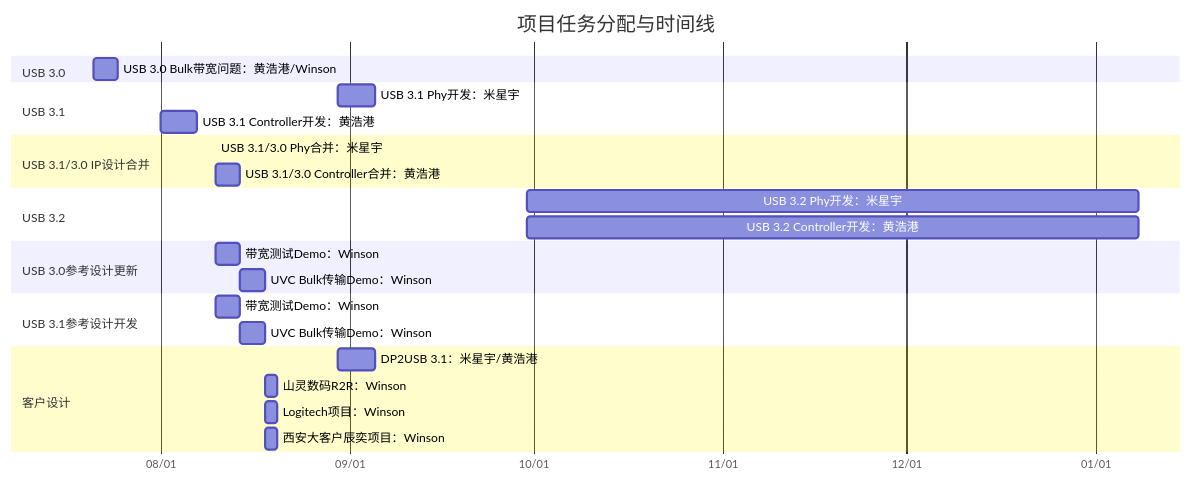
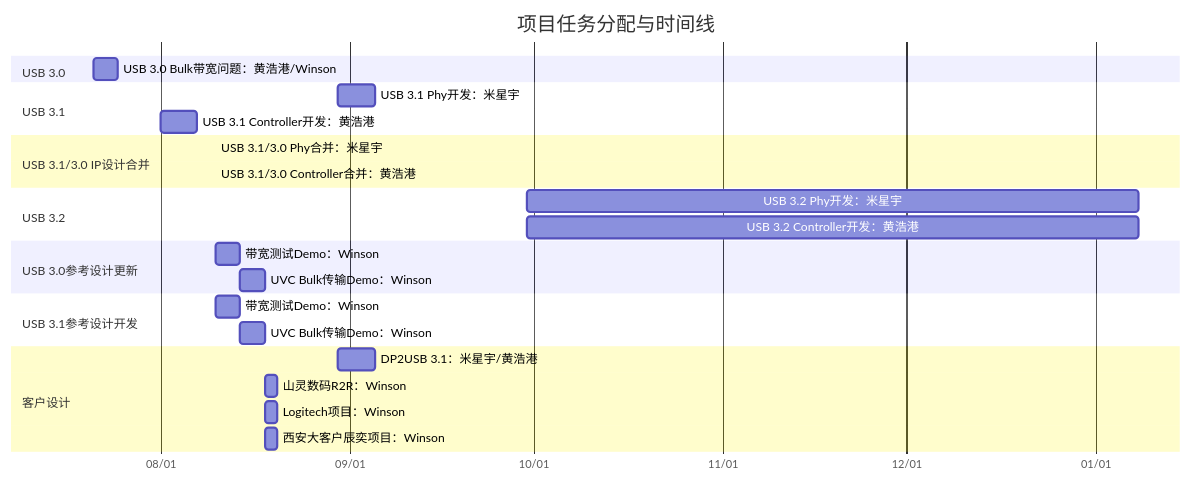
The diagram in all/未命名.md (winsonbook/iodraw-files), drawn with Mermaid before and after one commit.

Commit message:
2025-07-21 10:09:22 update

````diff
--- a/all/未命名.md
+++ b/all/未命名.md
@@ -1,35 +1,35 @@
 ```mermaid
 gantt
     title 项目任务分配与时间线
     dateFormat  YYYY-MM-DD
     axisFormat  %m/%d
 
     section USB 3.0
     USB 3.0 Bulk带宽问题：黄浩港/Winson   :    task1, 2025-07-21, 4d
 
     section USB 3.1
     USB 3.1 Phy开发：米星宇      :         task2, 2025-08-30, 6d
     USB 3.1 Controller开发：黄浩港      :  task3, 2025-08-01, 6d
 
     section USB 3.1/3.0 IP设计合并
     USB 3.1/3.0 Phy合并：米星宇       :    task4, 2025-08-10, 
-    USB 3.1/3.0 Controller合并：黄浩港:    task5, 2025-08-10, 4d
+    USB 3.1/3.0 Controller合并：黄浩港:    task5, 2025-08-10, 50
 
     section USB 3.2
     USB 3.2 Phy开发：米星宇      :         task2, 2025-09-30, 100d
     USB 3.2 Controller开发：黄浩港      :  task3, 2025-09-30, 100d
 
     section USB 3.0参考设计更新
     带宽测试Demo：Winson       :         task6, 2025-08-10, 4d
     UVC Bulk传输Demo：Winson   :        task7, 2025-08-14, 4d
 
     section USB 3.1参考设计开发
     带宽测试Demo：Winson       :         task8, 2025-08-10, 4d
     UVC Bulk传输Demo：Winson   :         task9, 2025-08-14, 4d
 
     section 客户设计
     DP2USB 3.1：米星宇/黄浩港      :task10, 2025-08-30, 6d
     山灵数码R2R：Winson :             task11, 2025-08-18, 2d
     Logitech项目：Winson :            task12, 2025-08-18, 2d
     西安大客户辰奕项目：Winson :       task13, 2025-08-18, 2d
 ```
````
